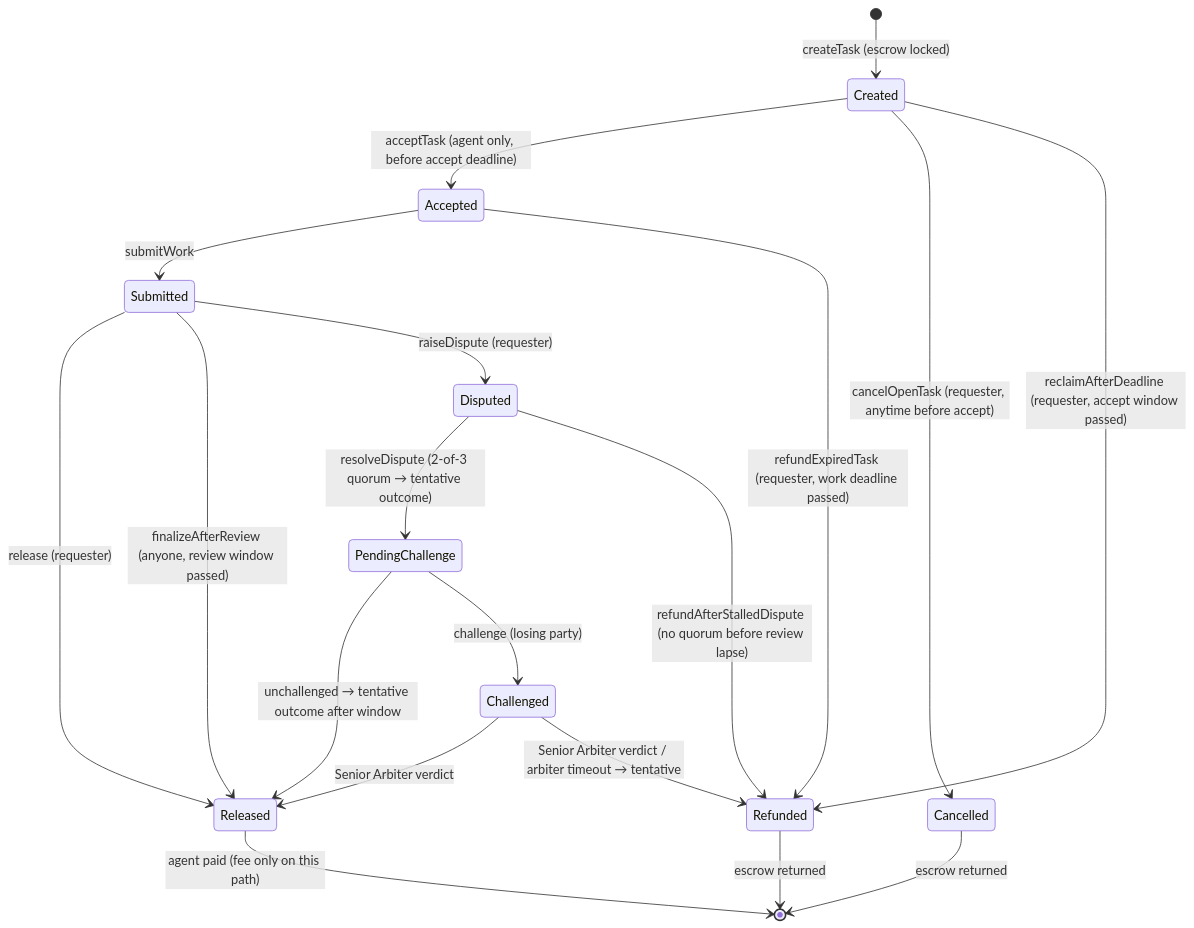
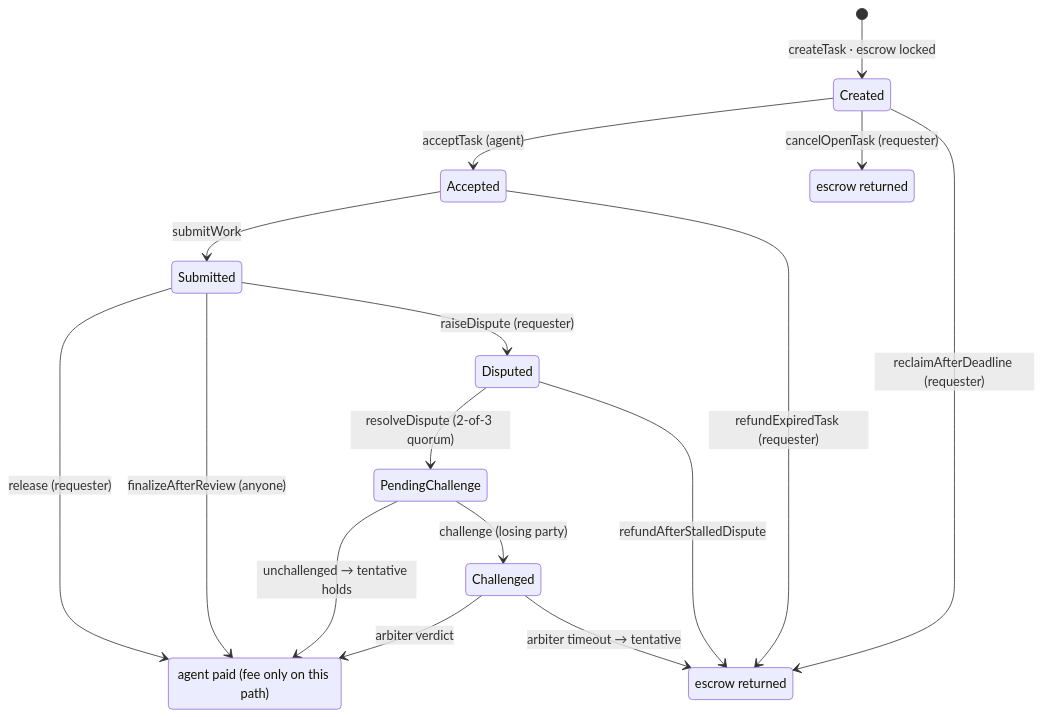
Before and after one commit to zynorr/Taskpay: the second of 2 diagrams in README.md, drawn with Mermaid.

Commit message:
docs: tighten lifecycle diagram labels and drop terminal arrows
Shorten transition labels to function + caller gate (the surrounding prose
already covers deadline windows and fee gating), and mark terminal states
with inline descriptions instead of [*] arrows. On GitHub the diagram now
renders ~11% shorter at a larger 0.63 text scale.

🤖 Generated with Codebuff

````diff
--- a/README.md
+++ b/README.md
@@ -78,21 +78,21 @@
 ```mermaid
 stateDiagram-v2
-    [*] --> Created : createTask (escrow locked)
-    Created --> Accepted : acceptTask (agent only, before accept deadline)
-    Created --> Cancelled : cancelOpenTask (requester, anytime before accept)
-    Created --> Refunded : reclaimAfterDeadline (requester, accept window passed)
+    [*] --> Created : createTask · escrow locked
+    Created --> Accepted : acceptTask (agent)
+    Created --> Cancelled : cancelOpenTask (requester)
+    Created --> Refunded : reclaimAfterDeadline (requester)
     Accepted --> Submitted : submitWork
-    Accepted --> Refunded : refundExpiredTask (requester, work deadline passed)
+    Accepted --> Refunded : refundExpiredTask (requester)
     Submitted --> Released : release (requester)
-    Submitted --> Released : finalizeAfterReview (anyone, review window passed)
+    Submitted --> Released : finalizeAfterReview (anyone)
     Submitted --> Disputed : raiseDispute (requester)
-    Disputed --> PendingChallenge : resolveDispute (2-of-3 quorum → tentative outcome)
-    Disputed --> Refunded : refundAfterStalledDispute (no quorum before review lapse)
-    PendingChallenge --> Released : unchallenged → tentative outcome after window
+    Disputed --> PendingChallenge : resolveDispute (2-of-3 quorum)
+    Disputed --> Refunded : refundAfterStalledDispute
+    PendingChallenge --> Released : unchallenged → tentative holds
     PendingChallenge --> Challenged : challenge (losing party)
-    Challenged --> Released : Senior Arbiter verdict
-    Challenged --> Refunded : Senior Arbiter verdict / arbiter timeout → tentative
-    Released --> [*] : agent paid (fee only on this path)
-    Refunded --> [*] : escrow returned
-    Cancelled --> [*] : escrow returned
+    Challenged --> Released : arbiter verdict
+    Challenged --> Refunded : arbiter timeout → tentative
+    Released : agent paid (fee only on this path)
+    Refunded : escrow returned
+    Cancelled : escrow returned
 ```
````
